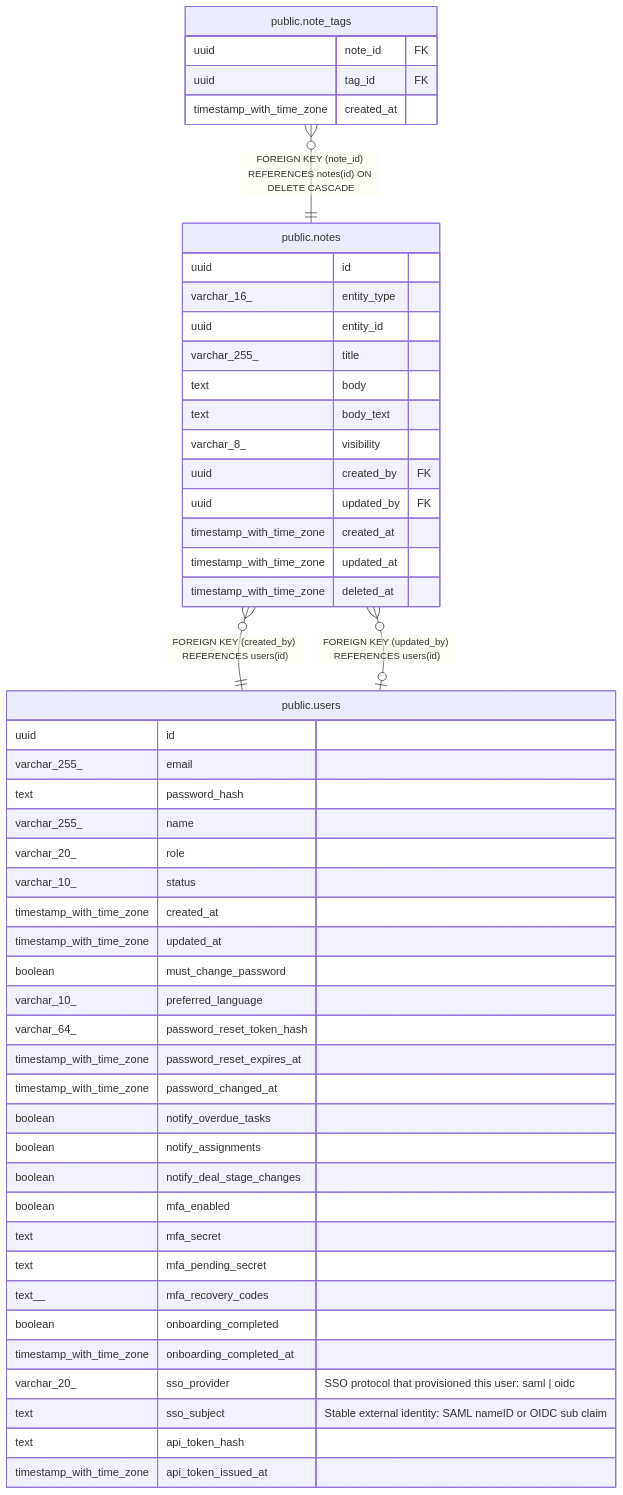
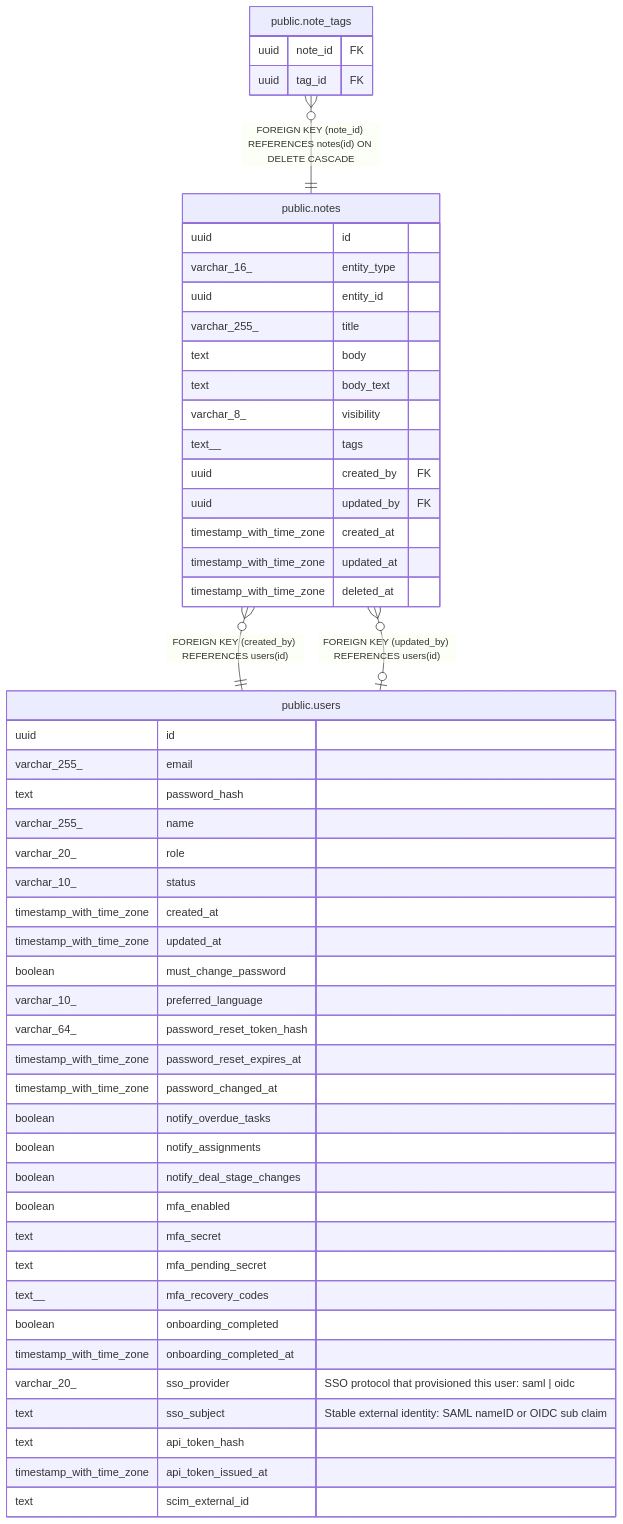
One commit to rkseattle/minicrm changed the diagram in docs/schema/public.notes.md. Above: the diagram before and after it, drawn with Mermaid. The commit also changed other lines of this file and 72 other files, not shown here.

````diff
--- a/docs/schema/public.notes.md
+++ b/docs/schema/public.notes.md
@@ -52,55 +53,56 @@
 ```mermaid
 erDiagram
 
 "public.note_tags" }o--|| "public.notes" : "FOREIGN KEY (note_id) REFERENCES notes(id) ON DELETE CASCADE"
 "public.notes" }o--|| "public.users" : "FOREIGN KEY (created_by) REFERENCES users(id)"
 "public.notes" }o--o| "public.users" : "FOREIGN KEY (updated_by) REFERENCES users(id)"
 
 "public.notes" {
   uuid id ""
   varchar_16_ entity_type ""
   uuid entity_id ""
   varchar_255_ title ""
   text body ""
   text body_text ""
   varchar_8_ visibility ""
+  text__ tags ""
   uuid created_by FK ""
   uuid updated_by FK ""
   timestamp_with_time_zone created_at ""
   timestamp_with_time_zone updated_at ""
   timestamp_with_time_zone deleted_at ""
 }
 "public.note_tags" {
   uuid note_id FK ""
   uuid tag_id FK ""
-  timestamp_with_time_zone created_at ""
 }
 "public.users" {
   uuid id ""
   varchar_255_ email ""
   text password_hash ""
   varchar_255_ name ""
   varchar_20_ role ""
   varchar_10_ status ""
   timestamp_with_time_zone created_at ""
   timestamp_with_time_zone updated_at ""
   boolean must_change_password ""
   varchar_10_ preferred_language ""
   varchar_64_ password_reset_token_hash ""
   timestamp_with_time_zone password_reset_expires_at ""
   timestamp_with_time_zone password_changed_at ""
   boolean notify_overdue_tasks ""
   boolean notify_assignments ""
   boolean notify_deal_stage_changes ""
   boolean mfa_enabled ""
   text mfa_secret ""
   text mfa_pending_secret ""
   text__ mfa_recovery_codes ""
   boolean onboarding_completed ""
   timestamp_with_time_zone onboarding_completed_at ""
   varchar_20_ sso_provider "SSO protocol that provisioned this user: saml | oidc"
   text sso_subject "Stable external identity: SAML nameID or OIDC sub claim"
   text api_token_hash ""
   timestamp_with_time_zone api_token_issued_at ""
+  text scim_external_id ""
 }
 ```
````
